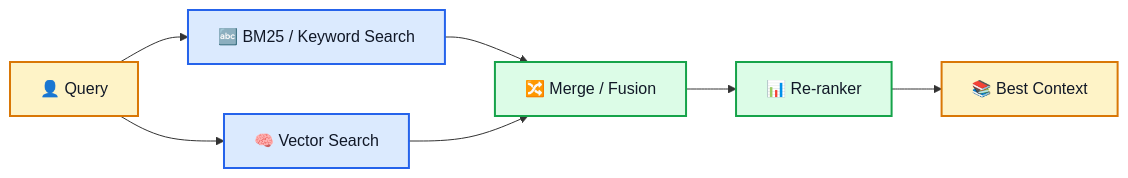
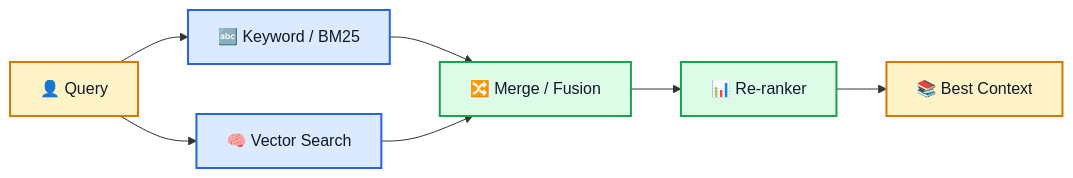
Diagram 20 of 23 in RAG-Explained-1.md (azam123/awesome-ai-engineer), drawn with Mermaid before and after one commit. The commit also changed other lines of this file, not shown here.

```diff
--- a/RAG-Explained-1.md
+++ b/RAG-Explained-1.md
@@ -1872,17 +1895,18 @@
 ~~~mermaid
 flowchart LR
-    Q["👤 Query"] --> BM["🔤 BM25 / Keyword Search"]
+    Q["👤 Query"] --> BM["🔤 Keyword / BM25"]
     Q --> V["🧠 Vector Search"]
     BM --> M["🔀 Merge / Fusion"]
     V --> M
     M --> RR["📊 Re-ranker"]
     RR --> C["📚 Best Context"]
 
     classDef yellow fill:#FEF3C7,stroke:#D97706,color:#111827,stroke-width:2px;
     classDef blue fill:#DBEAFE,stroke:#2563EB,color:#111827,stroke-width:2px;
     classDef green fill:#DCFCE7,stroke:#16A34A,color:#111827,stroke-width:2px;
+
     class Q yellow;
     class BM,V blue;
     class M,RR green;
     class C yellow;
 ~~~
```
